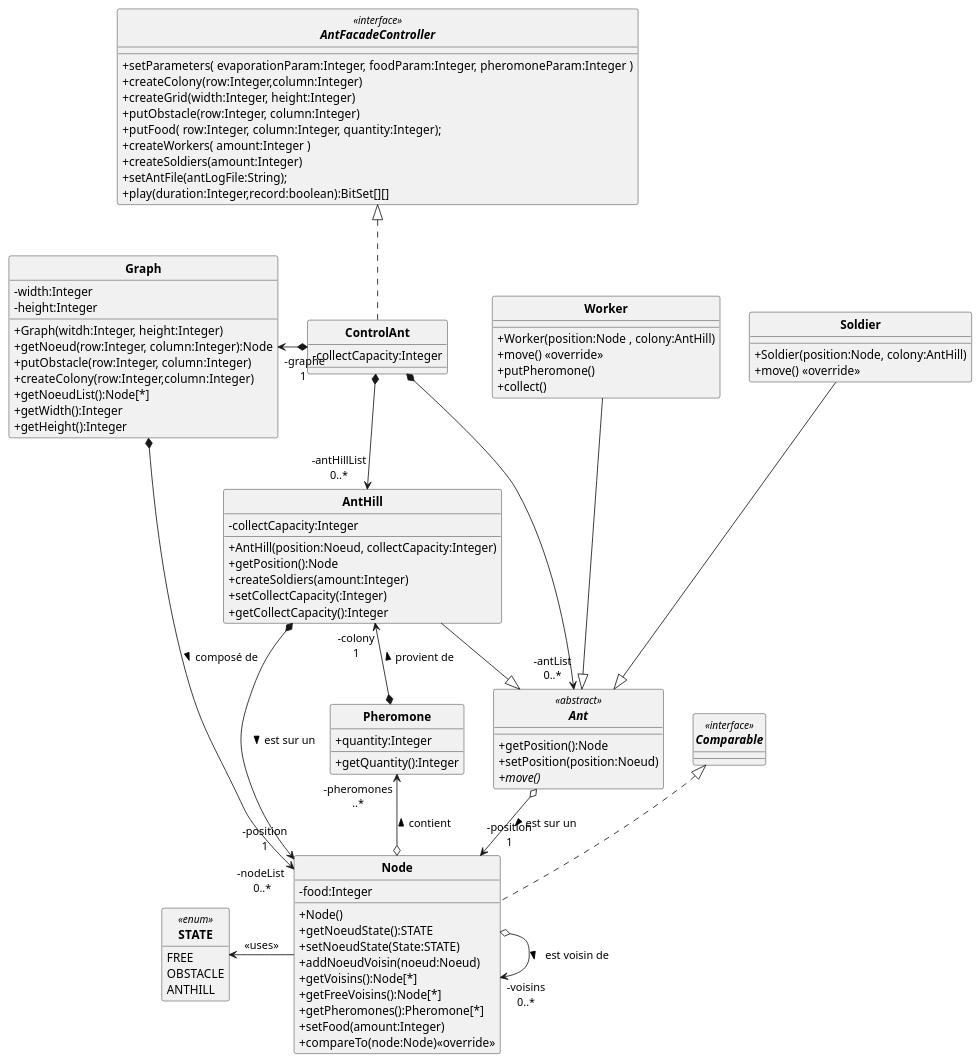
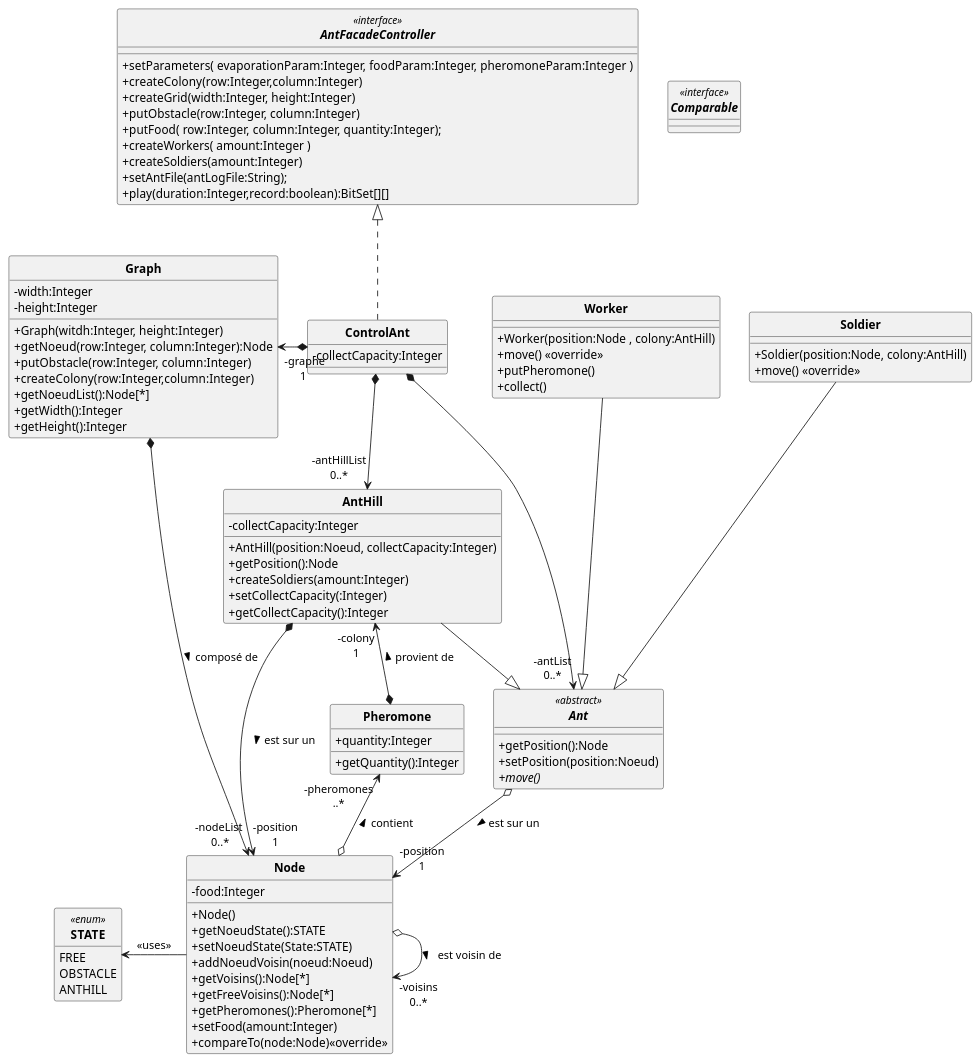
Before and after one commit to ErenMustafaGit/ColonieFourmis: the diagram in src/main/uml/Fourmis_DC.puml, drawn with PlantUML.

Commit message:
Implémentation de comparator non nécessaire (https://discord.com/channels/700300379950284852/801469642681483284/848998878643748864)

```diff
--- a/src/main/uml/Fourmis_DC.puml
+++ b/src/main/uml/Fourmis_DC.puml
@@ -1,125 +1,125 @@
 @startuml
 'https://plantuml.com/sequence-diagram
 allow_mixing
 skinparam style strictuml
 skinparam classAttributeIconSize 0
 skinparam circledCharacterRadius 0
 skinparam circledCharacterFontSize 0
 skinparam classFontStyle Bold
 'autonumber
 hide enum methods
 
 'Controleur
 interface AntFacadeController <<interface>> {
     +setParameters( evaporationParam:Integer, foodParam:Integer, pheromoneParam:Integer )
     +createColony(row:Integer,column:Integer)
     +createGrid(width:Integer, height:Integer)
     +putObstacle(row:Integer, column:Integer)
     +putFood( row:Integer, column:Integer, quantity:Integer);
     +createWorkers( amount:Integer )
     +createSoldiers(amount:Integer)
     +setAntFile(antLogFile:String);
     +play(duration:Integer,record:boolean):BitSet[][]
 }
 
-class Node implements Comparable{
+class Node{
     -food:Integer
     +Node()
     +getNoeudState():STATE
     +setNoeudState(State:STATE)
     +addNoeudVoisin(noeud:Noeud)
     +getVoisins():Node[*]
     +getFreeVoisins():Node[*]
     +getPheromones():Pheromone[*]
     +setFood(amount:Integer)
     +compareTo(node:Node)<<override>>
 }
 
 interface Comparable <<interface>>{
 
 }
 
 enum STATE <<enum>> {
     FREE
     OBSTACLE
     ANTHILL
 }
 
 'class Food{
 '    -amount:Integer
 '    +Food()
 '}
 class Pheromone{
     +quantity:Integer
     +getQuantity():Integer
 }
 
 
 abstract Ant <<abstract>> {
     +getPosition():Node
     +setPosition(position:Noeud)
     {abstract} +move()
 }
 class AntHill{
     -collectCapacity:Integer
     +AntHill(position:Noeud, collectCapacity:Integer)
     +getPosition():Node
     +createSoldiers(amount:Integer)
     +setCollectCapacity(:Integer)
     +getCollectCapacity():Integer
 }
 class Soldier{
     +Soldier(position:Node, colony:AntHill)
     +move() <<override>>
 }
 
 class Worker {
     +Worker(position:Node , colony:AntHill)
     +move() <<override>>
     +putPheromone()
     +collect()
 }
 
 
 class ControlAnt implements AntFacadeController{
     -collectCapacity:Integer
 }
 
 
 class Graph{
  -width:Integer
  -height:Integer
  +Graph(witdh:Integer, height:Integer)
  +getNoeud(row:Integer, column:Integer):Node
  +putObstacle(row:Integer, column:Integer)
  +createColony(row:Integer,column:Integer)
  +getNoeudList():Node[*]
  +getWidth():Integer
  +getHeight():Integer
 }
 
 
 Soldier ---|> Ant
 Worker ---|> Ant
 AntHill --|> Ant
 
 ControlAnt "-graphe\n1 " *-l-> Graph
 ControlAnt  *-r-> "-antList\n0..*" Ant
 ControlAnt  *--> "-antHillList\n0..*" AntHill
 
 Graph *-r-> "-nodeList \n0..*" Node : composé de >
 
 'historique = liste de noeud déjà passé par la fourmi
 '"-position 1\n-historique 0..*"
 Ant o--> "-position\n1" Node  : est sur un >
 AntHill *---> "-position\n1" Node  : est sur un >
 Node o-> "-voisins\n0..*"  Node  : est voisin de >
 
 Node -l-> STATE : <<uses>>
 
 'Ant *-> "-colony\n1" AntHill : provient de >
 Pheromone *-u-> "-colony\n1" AntHill : provient de >
 Node o-u-> "-pheromones\n..*" Pheromone : contient >
 
 
 @enduml
```
